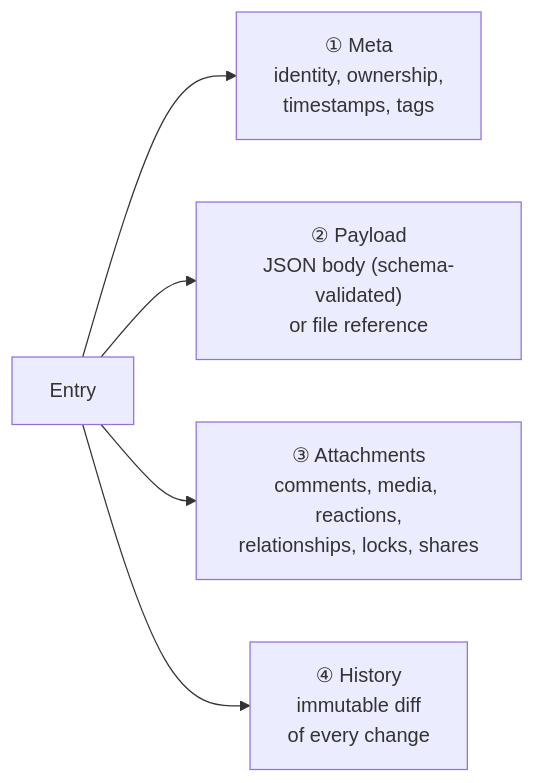
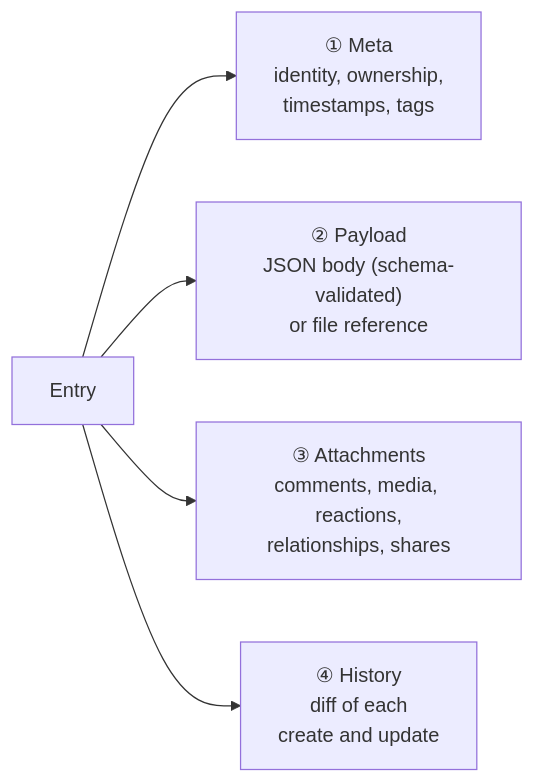
The second of 2 diagrams in pack/space/pages/data_model.md (edraj/website), drawn with Mermaid before and after one commit. The commit also changed other lines of this file and 13 other files, not shown here.

````diff
--- a/pack/space/pages/data_model.md
+++ b/pack/space/pages/data_model.md
@@ -62,7 +62,7 @@
 ```mermaid
 graph LR
     Entry["Entry"] --> Meta["① Meta<br/>identity, ownership,<br/>timestamps, tags"]
     Entry --> Payload["② Payload<br/>JSON body (schema-validated)<br/>or file reference"]
-    Entry --> Att["③ Attachments<br/>comments, media, reactions,<br/>relationships, locks, shares"]
-    Entry --> Hist["④ History<br/>immutable diff<br/>of every change"]
+    Entry --> Att["③ Attachments<br/>comments, media, reactions,<br/>relationships, shares"]
+    Entry --> Hist["④ History<br/>diff of each<br/>create and update"]
 ```
````
